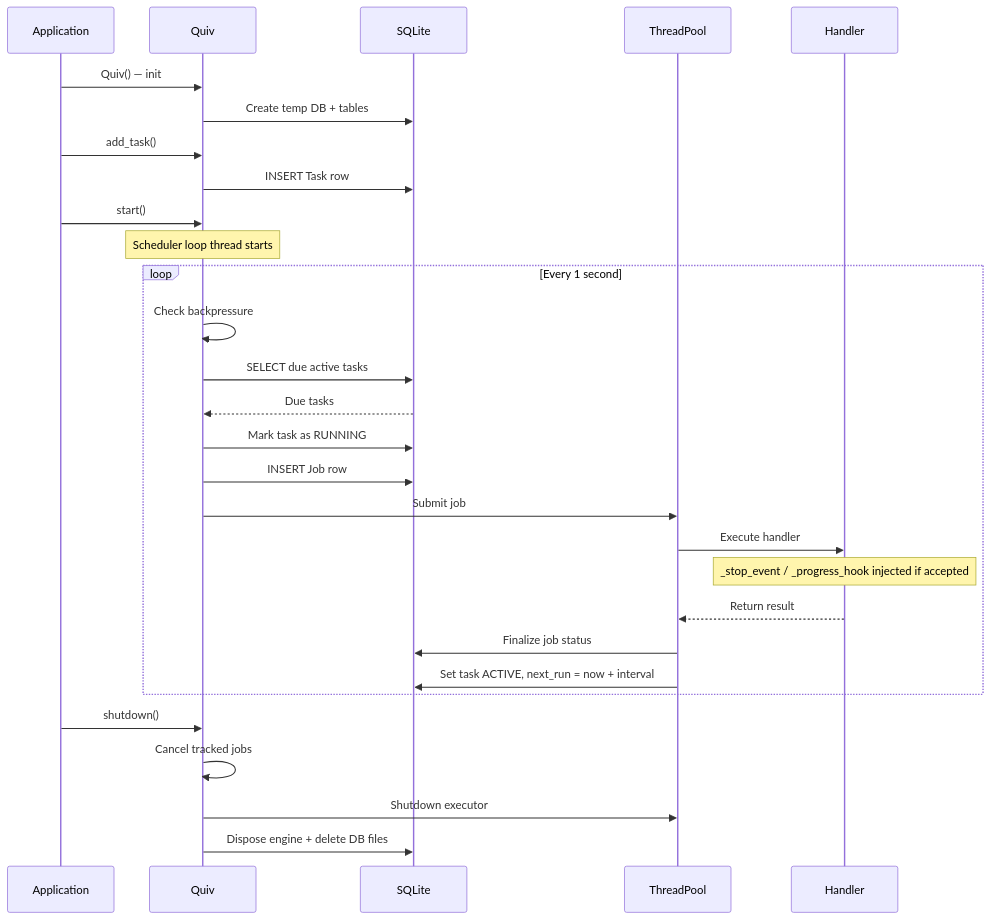
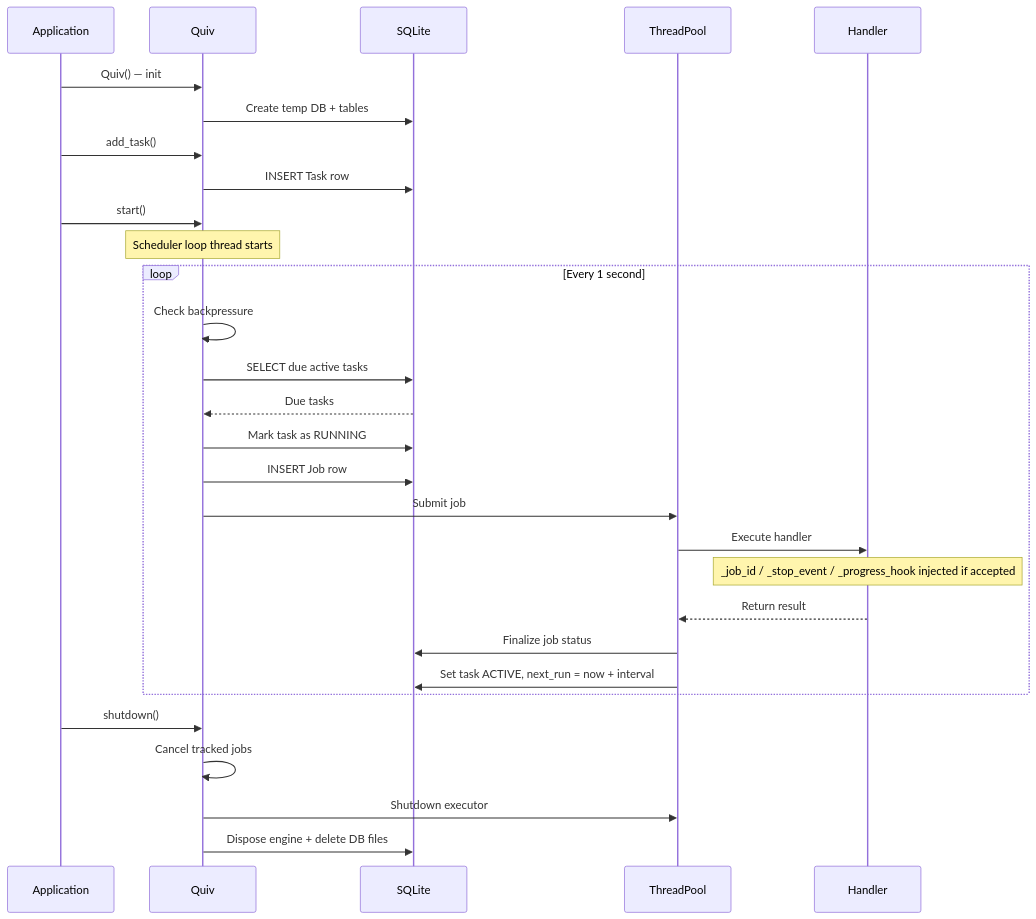
One commit to nandyalu/quiv changed the diagram in docs/architecture.md. Above: the diagram before and after it, drawn with Mermaid. The commit also changed 15 other files, not shown here.

````diff
--- a/docs/architecture.md
+++ b/docs/architecture.md
@@ -15,36 +15,36 @@
 ```mermaid
 sequenceDiagram
     participant App as Application
     participant Q as Quiv
     participant DB as SQLite
     participant Pool as ThreadPool
     participant H as Handler
 
     App->>Q: Quiv() — init
     Q->>DB: Create temp DB + tables
 
     App->>Q: add_task()
     Q->>DB: INSERT Task row
 
     App->>Q: start()
     Note over Q: Scheduler loop thread starts
 
     loop Every 1 second
         Q->>Q: Check backpressure
         Q->>DB: SELECT due active tasks
         DB-->>Q: Due tasks
         Q->>DB: Mark task as RUNNING
         Q->>DB: INSERT Job row
         Q->>Pool: Submit job
         Pool->>H: Execute handler
-        Note over H: _stop_event / _progress_hook injected if accepted
+        Note over H: _job_id / _stop_event / _progress_hook injected if accepted
         H-->>Pool: Return result
         Pool->>DB: Finalize job status
         Pool->>DB: Set task ACTIVE, next_run = now + interval
     end
 
     App->>Q: shutdown()
     Q->>Q: Cancel tracked jobs
     Q->>Pool: Shutdown executor
     Q->>DB: Dispose engine + delete DB files
 ```
````
